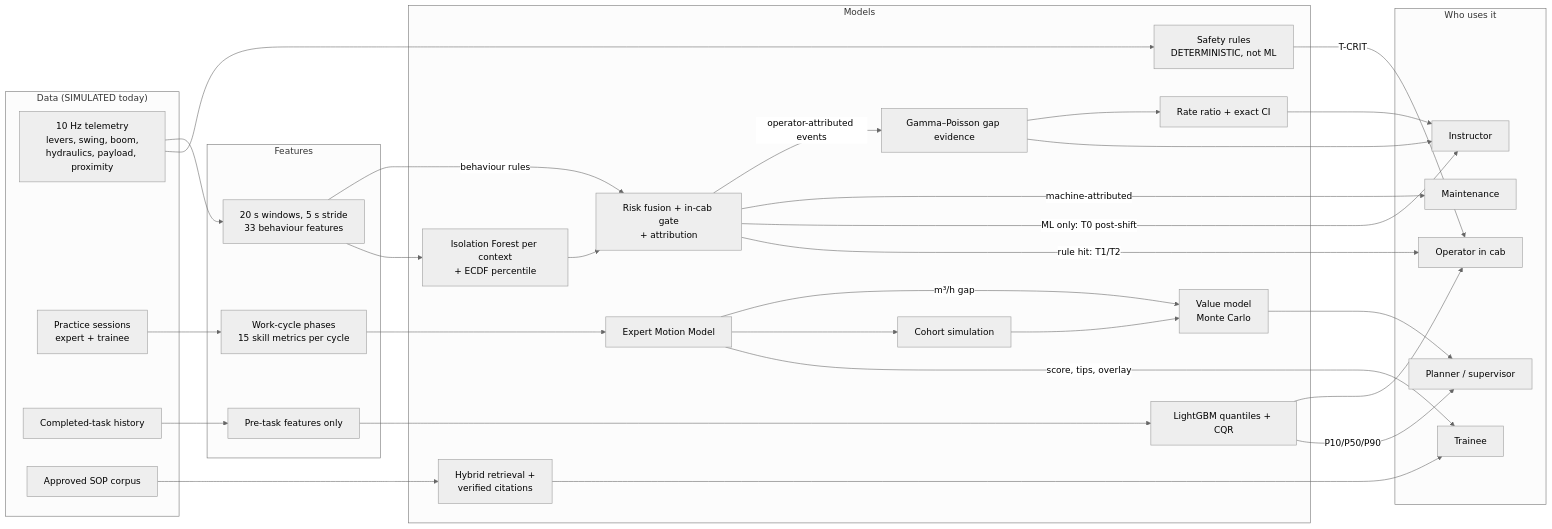
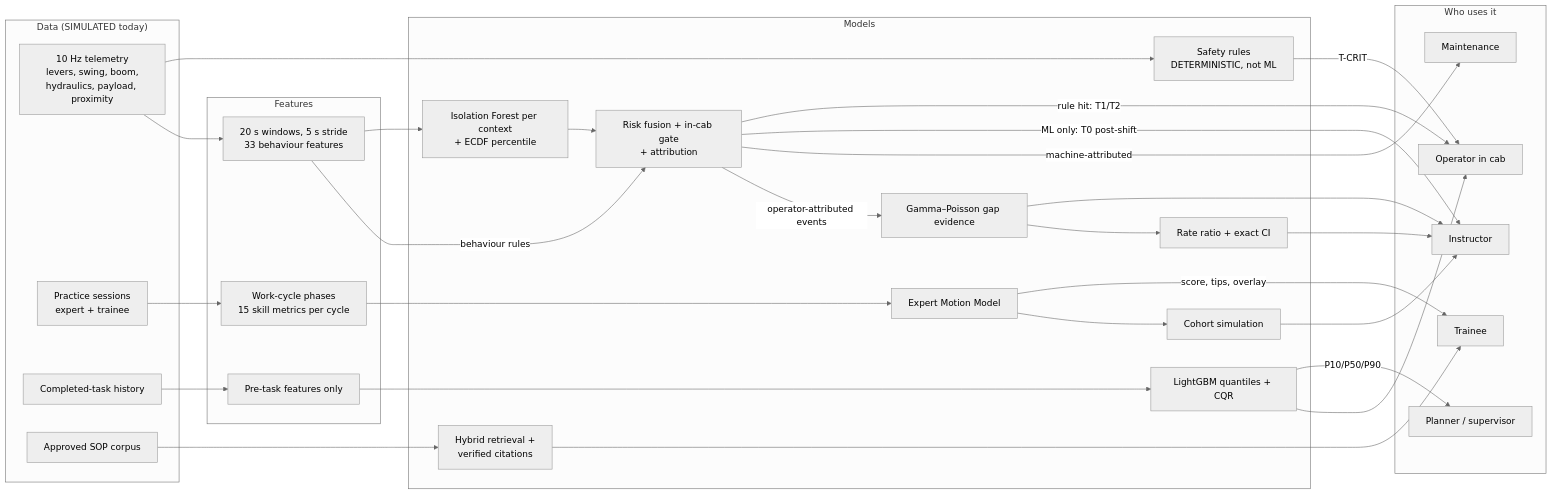
The diagram in docs/ml-overview.md (Hydra-Of-Malice/caterpillar-hackathon), drawn with Mermaid (neutral theme) before and after one commit. The commit also changed other lines of this file and 3 other files, not shown here.

````diff
--- a/docs/ml-overview.md
+++ b/docs/ml-overview.md
@@ -27,47 +26,45 @@
 ```mermaid
 flowchart LR
   subgraph D["Data (SIMULATED today)"]
     TEL["10 Hz telemetry<br/>levers, swing, boom,<br/>hydraulics, payload, proximity"]
     PRA["Practice sessions<br/>expert + trainee"]
     HIS["Completed-task history"]
     DOC["Approved SOP corpus"]
   end
   subgraph F["Features"]
     WIN["20 s windows, 5 s stride<br/>33 behaviour features"]
     CYC["Work-cycle phases<br/>15 skill metrics per cycle"]
     PRE["Pre-task features only"]
   end
   subgraph M["Models"]
     SAF["Safety rules<br/>DETERMINISTIC, not ML"]
     IFM["Isolation Forest per context<br/>+ ECDF percentile"]
     FUS["Risk fusion + in-cab gate<br/>+ attribution"]
     EMM["Expert Motion Model"]
     COH["Cohort simulation"]
     ETA["LightGBM quantiles + CQR"]
     GAP["Gamma–Poisson gap evidence"]
     RRT["Rate ratio + exact CI"]
     RAG["Hybrid retrieval +<br/>verified citations"]
-    VAL["Value model<br/>Monte Carlo"]
   end
   subgraph U["Who uses it"]
     CAB["Operator in cab"]
     TRN["Trainee"]
     INS["Instructor"]
     PLN["Planner / supervisor"]
     MNT["Maintenance"]
   end
   TEL --> SAF -->|T-CRIT| CAB
   TEL --> WIN --> IFM --> FUS
   WIN -->|behaviour rules| FUS
   FUS -->|"rule hit: T1/T2"| CAB
   FUS -->|"ML only: T0 post-shift"| INS
   FUS -->|machine-attributed| MNT
   FUS -->|operator-attributed events| GAP --> INS
   GAP --> RRT --> INS
   PRA --> CYC --> EMM -->|score, tips, overlay| TRN
-  EMM --> COH --> VAL
-  EMM -->|"m³/h gap"| VAL --> PLN
+  EMM --> COH --> INS
   HIS --> PRE --> ETA -->|P10/P50/P90| PLN
   ETA --> CAB
   DOC --> RAG --> TRN
 ```
````
